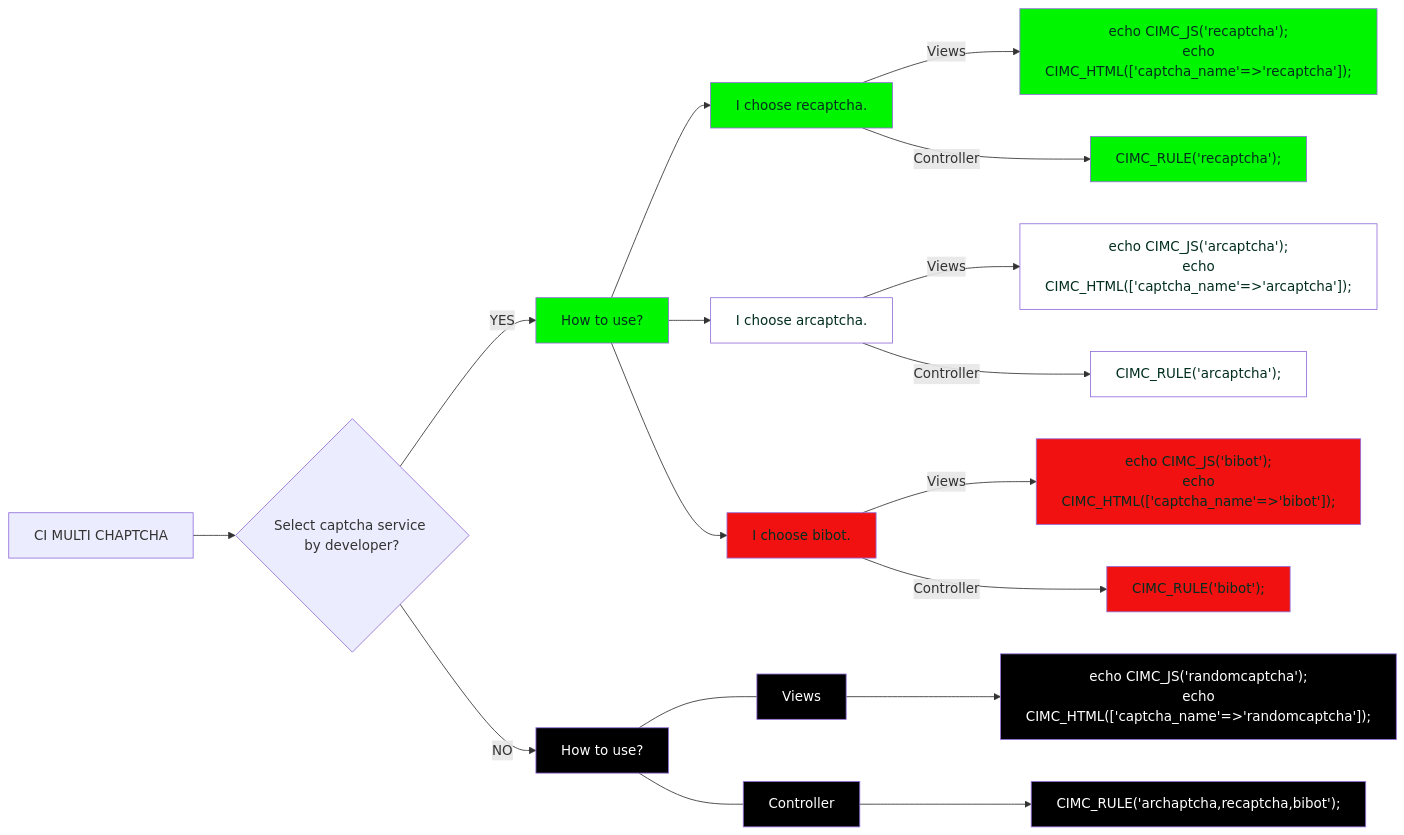
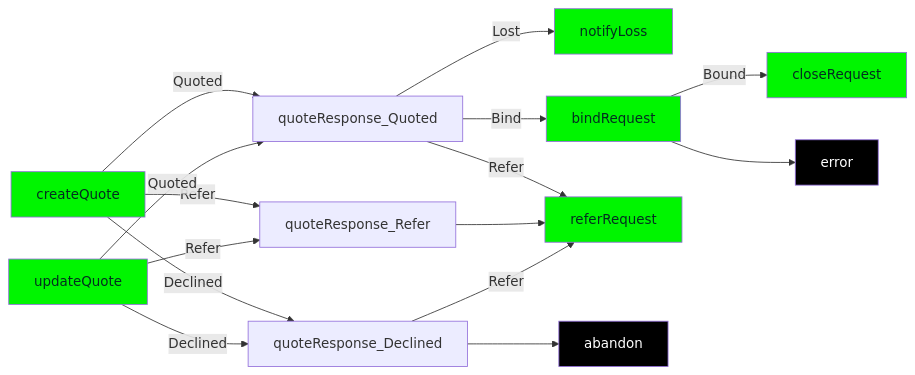
The diagram in bapi_model.md (mattlightbourn1/mattlightbourn1), drawn with Mermaid before and after one commit. The commit also changed other lines of this file, not shown here.

````diff
--- a/bapi_model.md
+++ b/bapi_model.md
@@ -81,25 +13,19 @@
 ```mermaid
   flowchart LR;
-      A[CI MULTI CHAPTCHA]-->B{Select captcha service by developer?};
+      A[createQuote]:::green--Quoted-->B[quoteResponse_Quoted];
+      classDef black color:#fff,fill:#000;
       classDef green color:#022e1f,fill:#00f500;
-      classDef red color:#022e1f,fill:#f11111;
-      classDef white color:#022e1f,fill:#fff;
-      classDef black color:#fff,fill:#000;
-      B--YES-->C[How to use?]:::green;
-      
-      C-->U[I choose recaptcha.]:::green;
-      U--Views-->Q["echo CIMC_JS('recaptcha');\n echo CIMC_HTML(['captcha_name'=>'recaptcha']);"]:::green;
-      U--Controller-->W["CIMC_RULE('recaptcha');"]:::green;
-      
-      C-->I[I choose arcaptcha.]:::white;
-      I--Views-->O["echo CIMC_JS('arcaptcha');\n echo CIMC_HTML(['captcha_name'=>'arcaptcha']);"]:::white;
-      I--Controller-->P["CIMC_RULE('arcaptcha');"]:::white;
-      
-      C-->X[I choose bibot.]:::red;
-      X--Views-->V["echo CIMC_JS('bibot');\n echo CIMC_HTML(['captcha_name'=>'bibot']);"]:::red;
-      X--Controller-->N["CIMC_RULE('bibot');"]:::red;
-      
-      B--NO-->D[How to use?]:::black;
-      D---Views:::black-->F["echo CIMC_JS('randomcaptcha');\n echo CIMC_HTML(['captcha_name'=>'randomcaptcha']);"]:::black; 
-      D---Controller:::black-->T["CIMC_RULE('archaptcha,recaptcha,bibot');"]:::black;
+      B--Lost-->L[notifyLoss]:::green;
+      B--Bind-->C[bindRequest]:::green;
+      C--Bound-->G[closeRequest]:::green;
+      C-->I[error]:::black;
+      B--Refer-->D[referRequest]:::green;
+      A--Refer-->E[quoteResponse_Refer];
+      A--Declined-->F[quoteResponse_Declined];
+      E-->D;
+      H[updateQuote]:::green--Quoted-->B;
+      H--Refer-->E;
+      H--Declined-->F;
+      F--Refer-->D;
+      F-->J[abandon]:::black;
 ```
````
